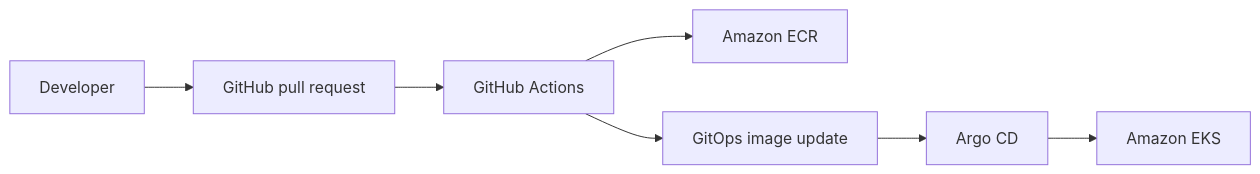
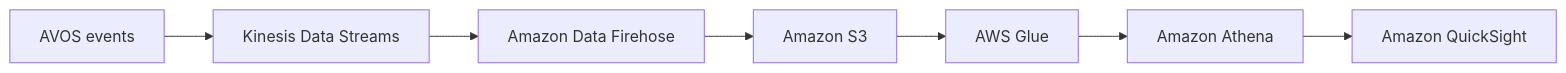
One commit to Gabinsime75/African-Vibe-Online-Shop-AVOS changed the second of 2 diagrams in README.md. Above: the diagram before and after it, drawn with Mermaid. The commit also changed other lines of this file and 61 other files, not shown here.

````diff
--- a/README.md
+++ b/README.md
@@ -258,9 +181,9 @@
 ```mermaid
 flowchart LR
-    DEV[Developer] --> PR[GitHub pull request]
-    PR --> CI[GitHub Actions]
-    CI --> ECR[Amazon ECR]
-    CI --> GIT[GitOps image update]
-    GIT --> ARGO[Argo CD]
-    ARGO --> EKS[Amazon EKS]
+    APP[AVOS events] --> KDS[Kinesis Data Streams]
+    KDS --> FH[Amazon Data Firehose]
+    FH --> S3[Amazon S3]
+    S3 --> GLUE[AWS Glue]
+    GLUE --> ATHENA[Amazon Athena]
+    ATHENA --> QS[Amazon QuickSight]
 ```
````
